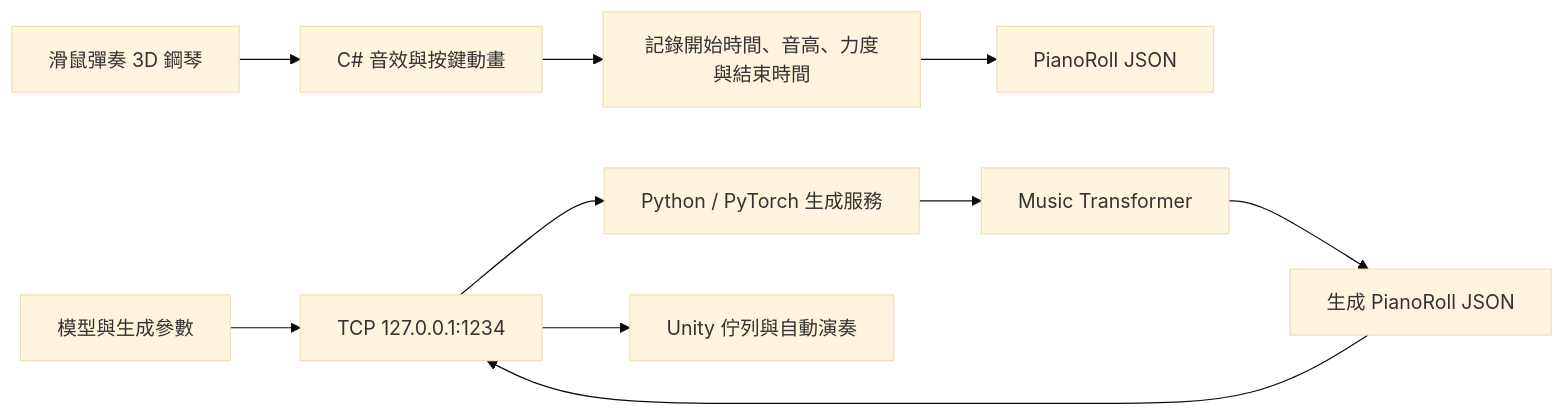
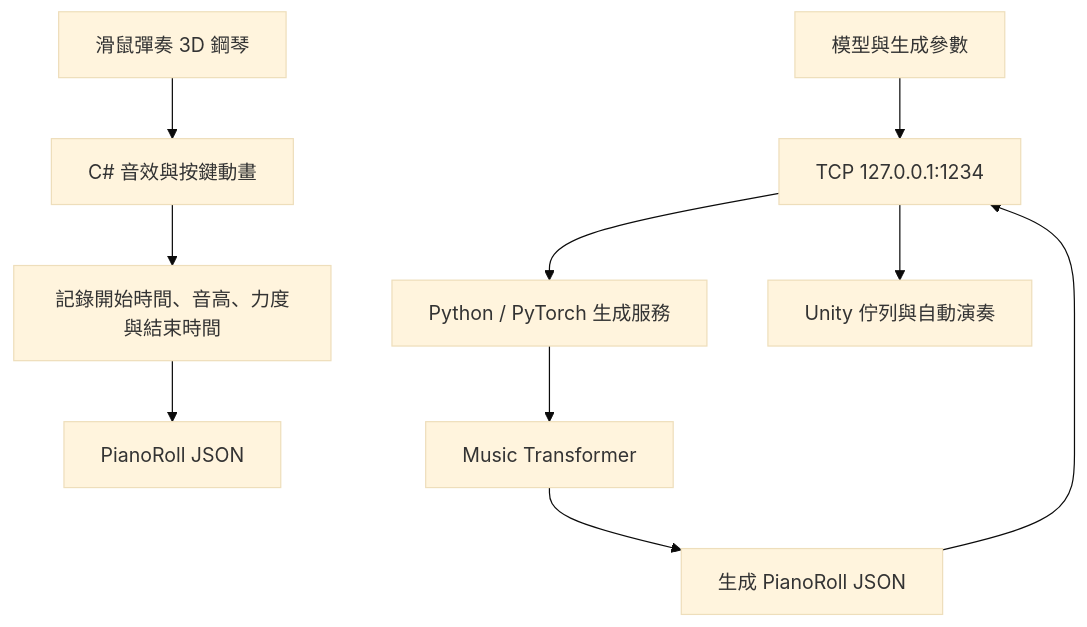
Before and after one commit to steven65026502/unity-piano: the diagram in README.md, drawn with Mermaid (base theme).

Commit message:
Improve the architecture diagram layout
Use a vertical Mermaid flow so the Unity and generation pipeline remains readable within GitHub's narrow and mobile content columns.

````diff
--- a/README.md
+++ b/README.md
@@ -11,13 +11,13 @@
 ```mermaid
-flowchart LR
+flowchart TB
     A[滑鼠彈奏 3D 鋼琴] --> B[C# 音效與按鍵動畫]
     B --> C[記錄開始時間、音高、力度與結束時間]
     C --> D[PianoRoll JSON]
 
     E[模型與生成參數] --> F[TCP 127.0.0.1:1234]
     F --> G[Python / PyTorch 生成服務]
     G --> H[Music Transformer]
     H --> I[生成 PianoRoll JSON]
     I --> F
     F --> J[Unity 佇列與自動演奏]
 ```
````
